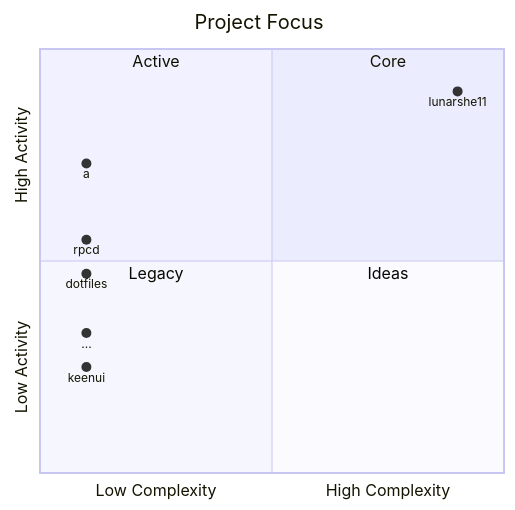
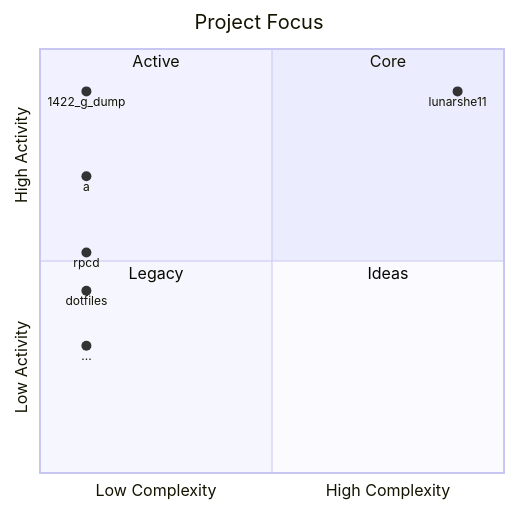
The first of 3 diagrams in README.md (lunarshe11/lunarshe11), drawn with Mermaid before and after one commit. The commit also changed other lines of this file, not shown here.

````diff
--- a/README.md
+++ b/README.md
@@ -13,16 +13,16 @@
 ```mermaid
 quadrantChart
     title Project Focus
     x-axis Low Complexity --> High Complexity
     y-axis Low Activity --> High Activity
     quadrant-1 Core
     quadrant-2 Active
     quadrant-3 Legacy
     quadrant-4 Ideas
+    1422_g_dump: [0.1, 0.9]
     lunarshe11: [0.9, 0.9]
-    a: [0.1, 0.73]
-    rpcd: [0.1, 0.55]
-    dotfiles: [0.1, 0.47]
-    ...: [0.1, 0.33]
-    keenui: [0.1, 0.25]
+    a: [0.1, 0.7]
+    rpcd: [0.1, 0.52]
+    dotfiles: [0.1, 0.43]
+    ...: [0.1, 0.3]
 ```
````
